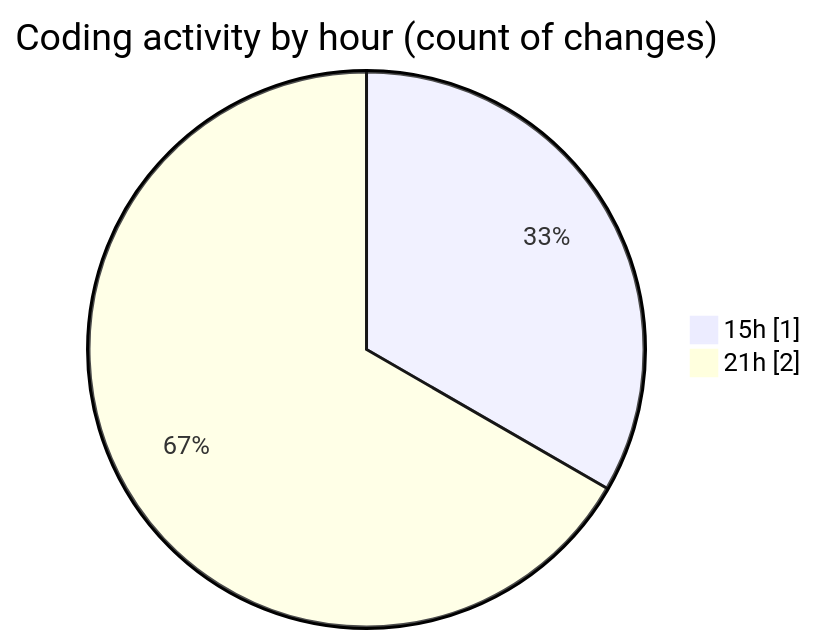
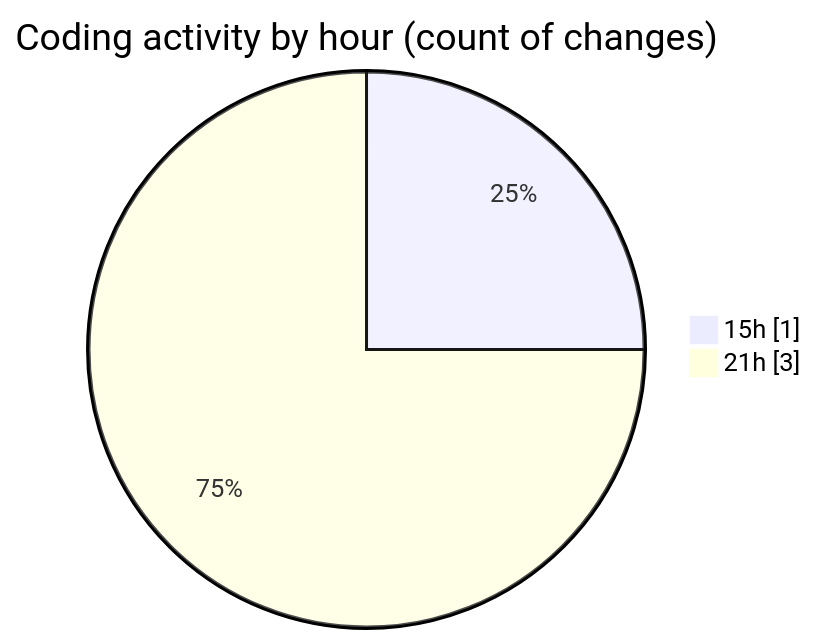
One commit to EIIisD/code-tracking changed the second of 2 diagrams in 2025-08-18/fresh_start/README.md. Above: the diagram before and after it, drawn with Mermaid. The commit also changed other lines of this file and 1 other file, not shown here.

````diff
--- a/2025-08-18/fresh_start/README.md
+++ b/2025-08-18/fresh_start/README.md
@@ -28,6 +28,6 @@
 ```mermaid
 pie showData
 title Coding activity by hour (count of changes)
 "15h" : 1
-"21h" : 2
+"21h" : 3
 ```
````
